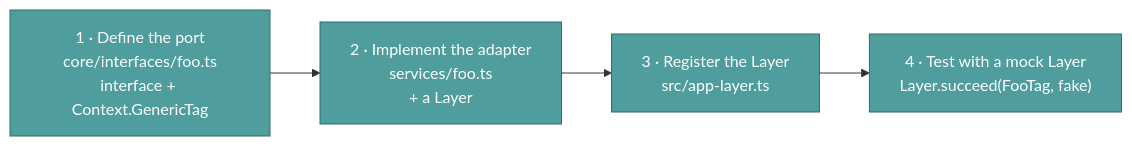
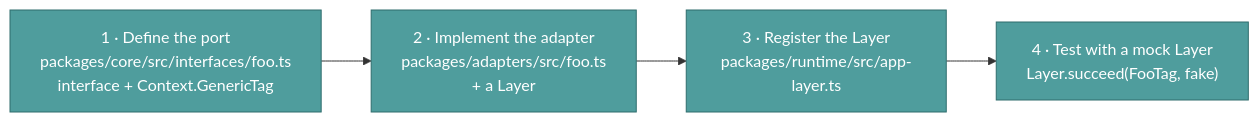
One commit to lvndry/jazz changed the second of 2 diagrams in docs/internals/code-map.md. Above: the diagram before and after it, drawn with Mermaid. The commit also changed other lines of this file and 961 other files, not shown here.

````diff
--- a/docs/internals/code-map.md
+++ b/docs/internals/code-map.md
@@ -48,11 +64,11 @@
 ```mermaid
 flowchart LR
-    A["1 · Define the port<br/>core/interfaces/foo.ts<br/>interface + Context.GenericTag"]
-    B["2 · Implement the adapter<br/>services/foo.ts<br/>+ a Layer"]
-    C["3 · Register the Layer<br/>src/app-layer.ts"]
+    A["1 · Define the port<br/>packages/core/src/interfaces/foo.ts<br/>interface + Context.GenericTag"]
+    B["2 · Implement the adapter<br/>packages/adapters/src/foo.ts<br/>+ a Layer"]
+    C["3 · Register the Layer<br/>packages/runtime/src/app-layer.ts"]
     D["4 · Test with a mock Layer<br/>Layer.succeed(FooTag, fake)"]
     A --> B --> C --> D
 
     classDef step fill:#4f9d9d,stroke:#2f6d6d,color:#ffffff
     class A,B,C,D step
 ```
````
